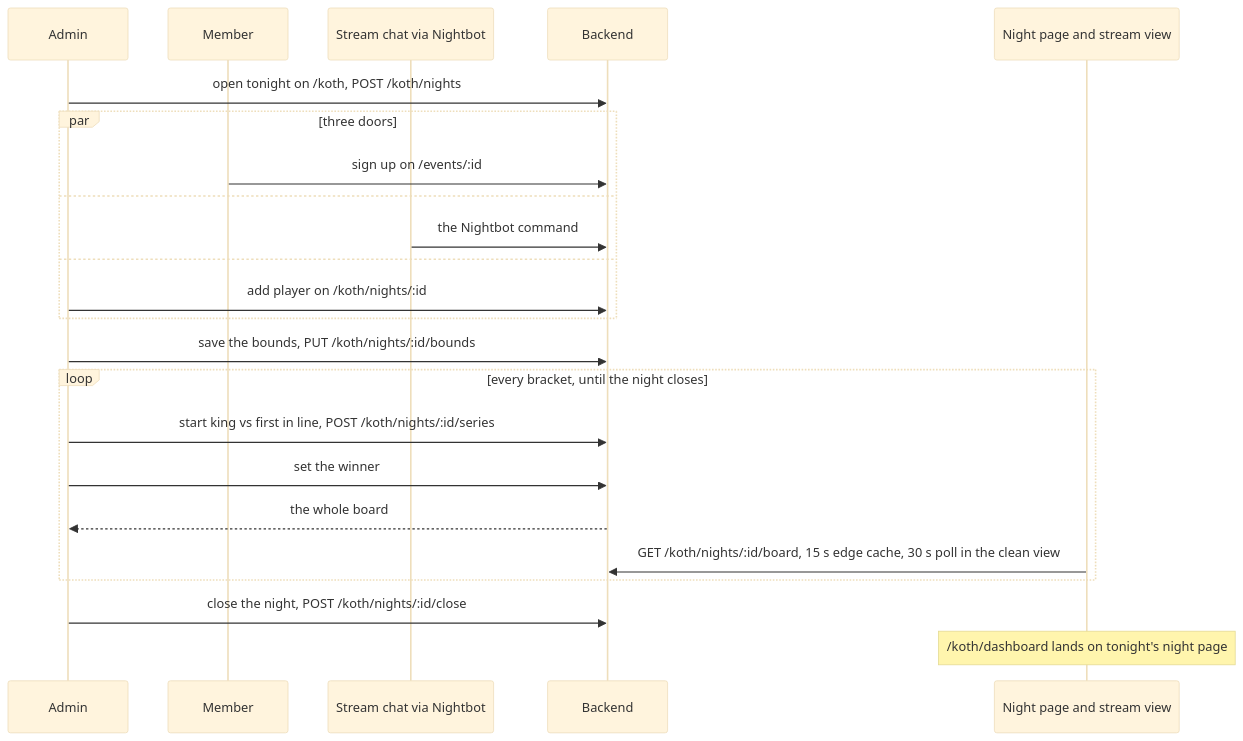
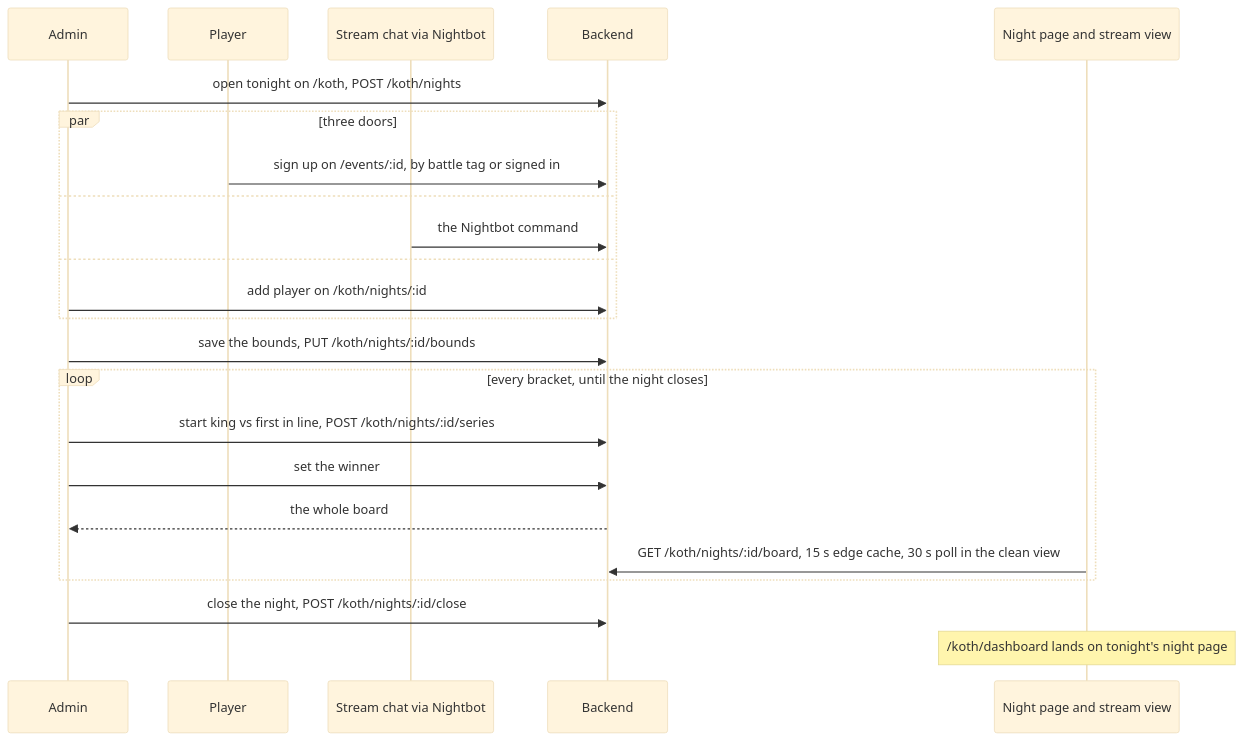
The diagram in docs/okf/flows/koth-night.md (Warcraft-Gym/wc3-gym-frontend), drawn with Mermaid (base theme) before and after one commit. The commit also changed other lines of this file and 7 other files, not shown here.

First line of the commit message:
Let a visitor sign up for a KOTH night by battle tag

````diff
--- a/docs/okf/flows/koth-night.md
+++ b/docs/okf/flows/koth-night.md
@@ -43,25 +43,25 @@
 ```mermaid
 sequenceDiagram
     participant Admin
-    participant Member
+    participant Player
     participant Chat as Stream chat via Nightbot
     participant Backend
     participant Board as Night page and stream view
     Admin->>Backend: open tonight on /koth, POST /koth/nights
     par three doors
-        Member->>Backend: sign up on /events/:id
+        Player->>Backend: sign up on /events/:id, by battle tag or signed in
     and
         Chat->>Backend: the Nightbot command
     and
         Admin->>Backend: add player on /koth/nights/:id
     end
     Admin->>Backend: save the bounds, PUT /koth/nights/:id/bounds
     loop every bracket, until the night closes
         Admin->>Backend: start king vs first in line, POST /koth/nights/:id/series
         Admin->>Backend: set the winner
         Backend-->>Admin: the whole board
         Board->>Backend: GET /koth/nights/:id/board, 15 s edge cache, 30 s poll in the clean view
     end
     Admin->>Backend: close the night, POST /koth/nights/:id/close
     Note over Board: /koth/dashboard lands on tonight's night page
 ```
````
